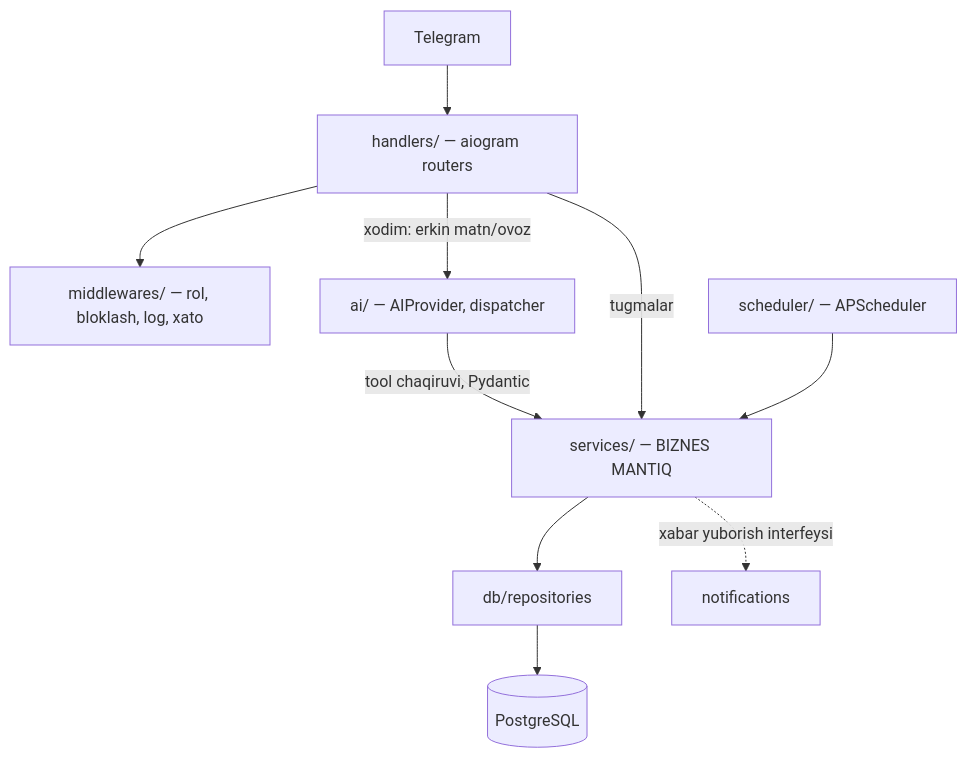
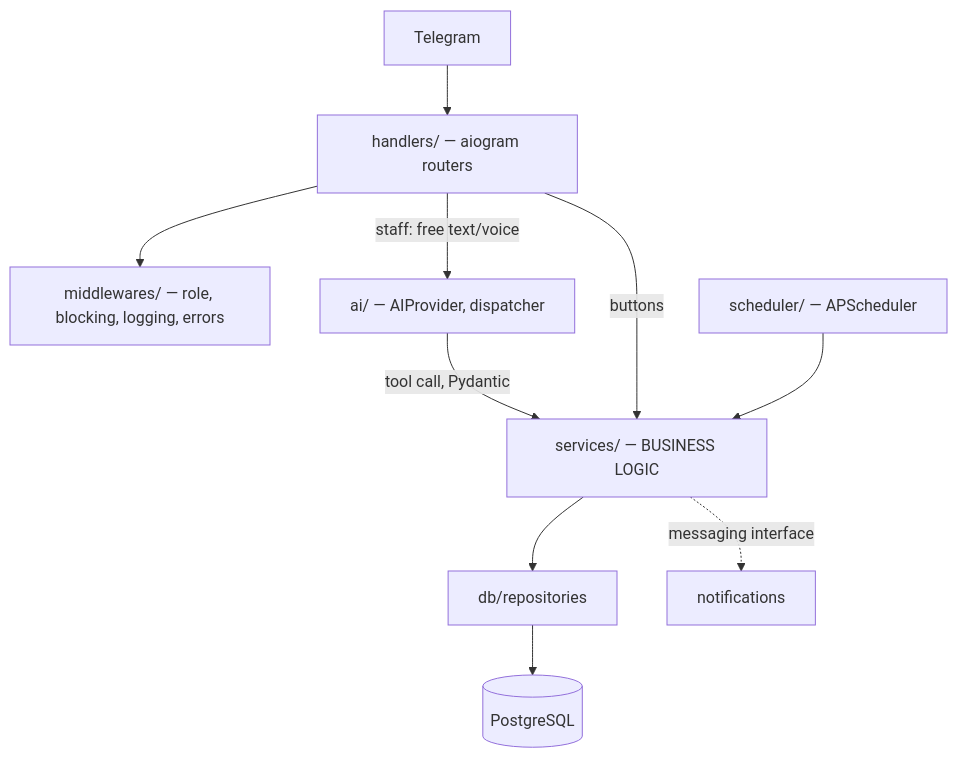
One commit to faxriddinswe/Nargiza-Brend-Shop-AI-agent-Bot changed the first of 2 diagrams in docs/ARCHITECTURE.md. Above: the diagram before and after it, drawn with Mermaid. The commit also changed other lines of this file and 16 other files, not shown here.

````diff
--- a/docs/ARCHITECTURE.md
+++ b/docs/ARCHITECTURE.md
@@ -7,12 +7,12 @@
 ```mermaid
 flowchart TD
     TG[Telegram] --> H[handlers/ — aiogram routers]
-    H --> MW[middlewares/ — rol, bloklash, log, xato]
-    H -->|xodim: erkin matn/ovoz| AI[ai/ — AIProvider, dispatcher]
-    AI -->|tool chaqiruvi, Pydantic| S[services/ — BIZNES MANTIQ]
-    H -->|tugmalar| S
+    H --> MW[middlewares/ — role, blocking, logging, errors]
+    H -->|staff: free text/voice| AI[ai/ — AIProvider, dispatcher]
+    AI -->|tool call, Pydantic| S[services/ — BUSINESS LOGIC]
+    H -->|buttons| S
     S --> R[db/repositories]
     R --> PG[(PostgreSQL)]
     SCH[scheduler/ — APScheduler] --> S
-    S -.->|xabar yuborish interfeysi| N[notifications]
+    S -.->|messaging interface| N[notifications]
 ```
````
